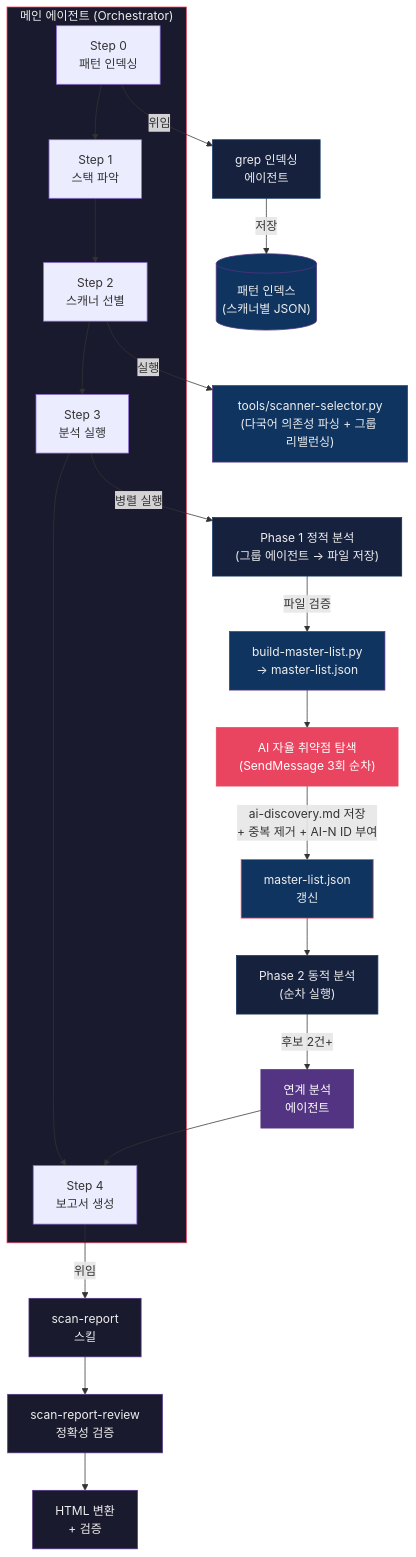
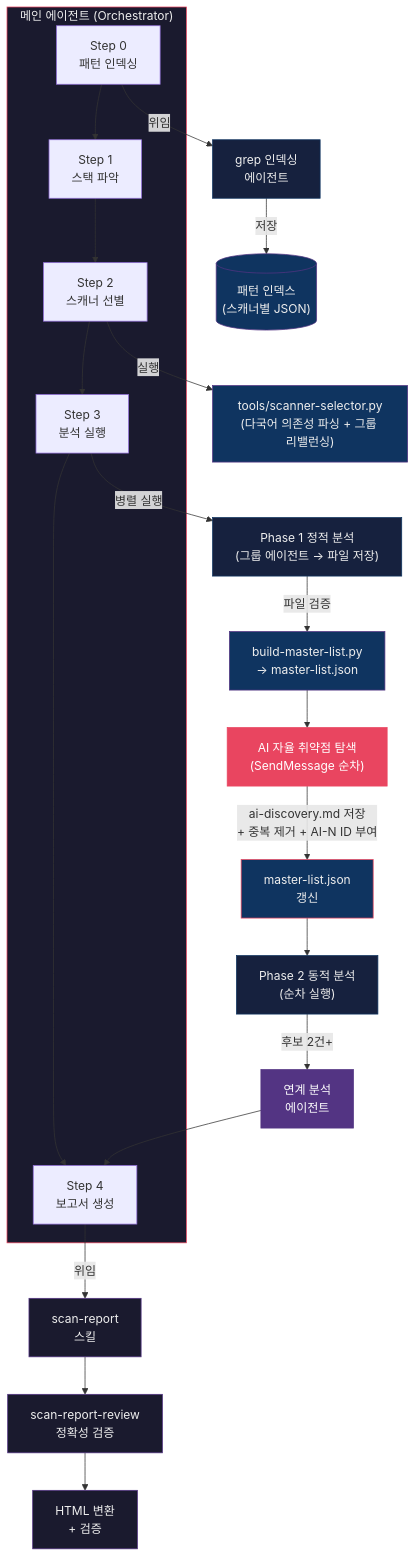
One commit to nomarlhack/noah-sast changed the first of 5 diagrams in README.md. Above: the diagram before and after it, drawn with Mermaid. The commit also changed other lines of this file and 1 other file, not shown here.

First line of the commit message:
refactor: 프롬프트 3과 파일 저장 지시를 별도 SendMessage로 분리

````diff
--- a/README.md
+++ b/README.md
@@ -54,42 +54,42 @@
 ```mermaid
 flowchart TB
     subgraph Orchestrator["메인 에이전트 (Orchestrator)"]
         S0["Step 0\n패턴 인덱싱"]
         S1["Step 1\n스택 파악"]
         S2["Step 2\n스캐너 선별"]
         S3["Step 3\n분석 실행"]
         S4["Step 4\n보고서 생성"]
         S0 --> S1 --> S2 --> S3 --> S4
     end
 
     S0 -->|위임| GrepAgent["grep 인덱싱\n에이전트"]
     GrepAgent -->|저장| IndexDir[("패턴 인덱스\n(스캐너별 JSON)")]
 
     S2 -->|실행| Selector["tools/scanner-selector.py\n(다국어 의존성 파싱 + 그룹 리밸런싱)"]
 
     S3 -->|병렬 실행| P1["Phase 1 정적 분석\n(그룹 에이전트 → 파일 저장)"]
     P1 -->|파일 검증| BML["build-master-list.py\n→ master-list.json"]
-    BML --> AI["AI 자율 취약점 탐색\n(SendMessage 3회 순차)"]
+    BML --> AI["AI 자율 취약점 탐색\n(SendMessage 순차)"]
     AI -->|"ai-discovery.md 저장\n+ 중복 제거 + AI-N ID 부여"| MLUpdate["master-list.json\n갱신"]
     MLUpdate --> P2["Phase 2 동적 분석\n(순차 실행)"]
     P2 -->|후보 2건+| Chain["연계 분석\n에이전트"]
     Chain --> S4
 
     S4 -->|위임| Report["scan-report\n스킬"]
     Report --> Review["scan-report-review\n정확성 검증"]
     Review --> HTML["HTML 변환\n+ 검증"]
 
     style Orchestrator fill:#1a1a2e,stroke:#e94560,color:#eee
     style GrepAgent fill:#16213e,stroke:#0f3460,color:#eee
     style IndexDir fill:#0f3460,stroke:#533483,color:#eee
     style P1 fill:#16213e,stroke:#0f3460,color:#eee
     style BML fill:#0f3460,stroke:#533483,color:#eee
     style AI fill:#e94560,stroke:#e94560,color:#fff
     style MLUpdate fill:#0f3460,stroke:#e94560,color:#eee
     style Chain fill:#533483,stroke:#533483,color:#fff
     style P2 fill:#16213e,stroke:#0f3460,color:#eee
     style Report fill:#1a1a2e,stroke:#533483,color:#eee
     style Review fill:#1a1a2e,stroke:#533483,color:#eee
     style HTML fill:#1a1a2e,stroke:#533483,color:#eee
     style Selector fill:#0f3460,stroke:#533483,color:#eee
 ```
````
